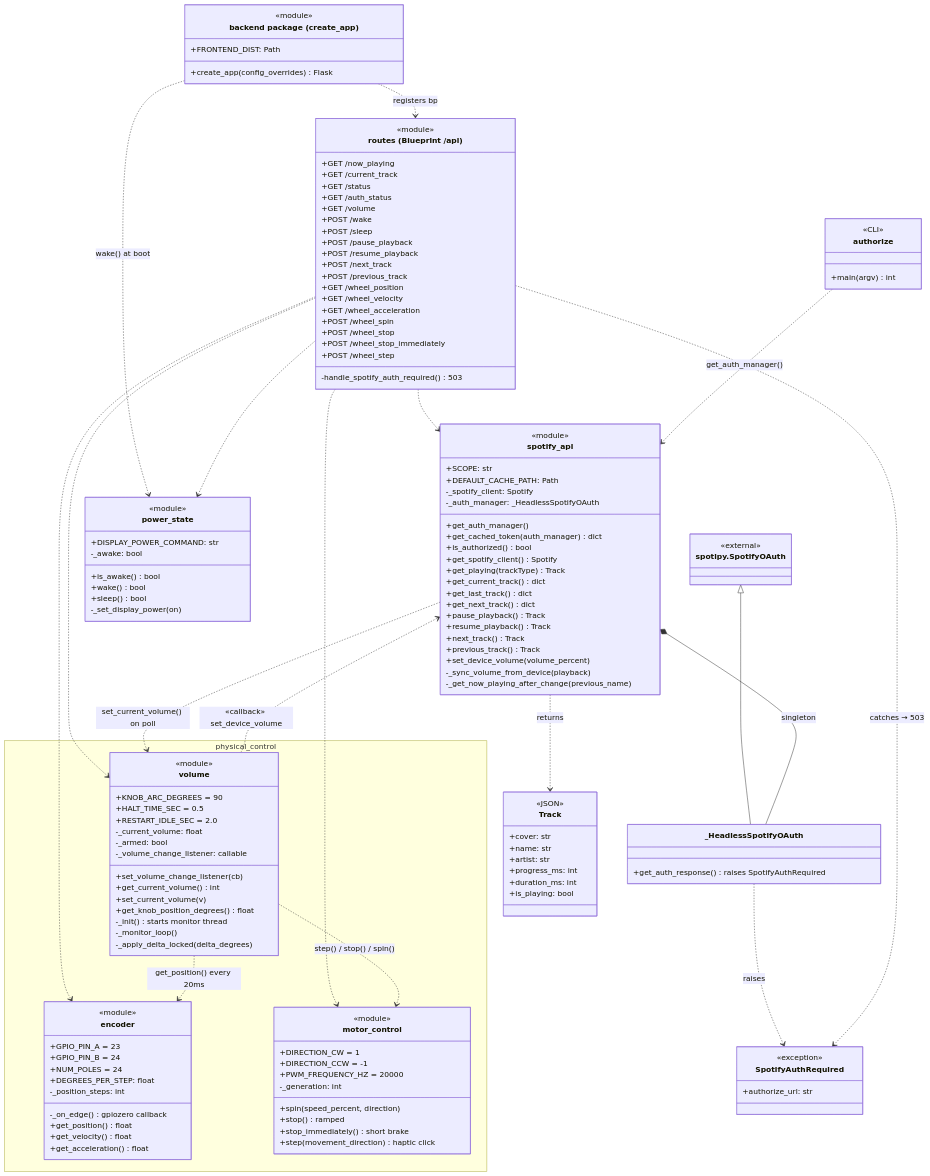
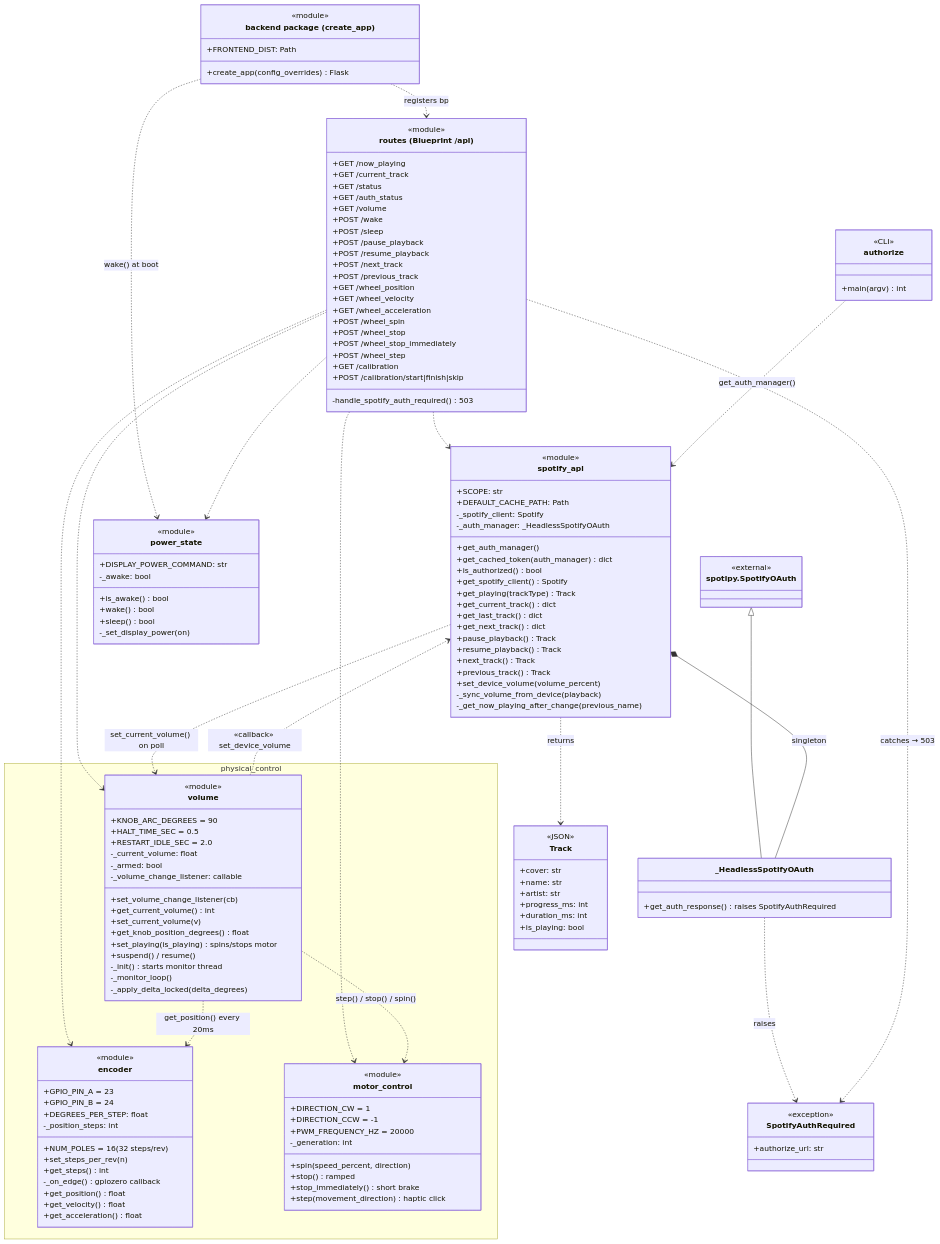
The second of 5 diagrams in ARCHITECTURE.md (ryan01989/spotifyHome), drawn with Mermaid before and after one commit. The commit also changed 19 other files, not shown here.

```diff
--- a/ARCHITECTURE.md
+++ b/ARCHITECTURE.md
@@ -99,6 +99,8 @@
     +POST /wheel_stop
     +POST /wheel_stop_immediately
     +POST /wheel_step
+    +GET /calibration
+    +POST /calibration/start|finish|skip
     -handle_spotify_auth_required() 503
   }
 
@@ -174,6 +176,8 @@
       +get_current_volume() int
       +set_current_volume(v)
       +get_knob_position_degrees() float
+      +set_playing(is_playing) spins/stops motor
+      +suspend() / resume()
       -_init() starts monitor thread
       -_monitor_loop()
       -_apply_delta_locked(delta_degrees)
@@ -182,7 +186,9 @@
       <<module>>
       +GPIO_PIN_A = 23
       +GPIO_PIN_B = 24
-      +NUM_POLES = 24
+      +NUM_POLES = 16 (32 steps/rev)
+      +set_steps_per_rev(n)
+      +get_steps() int
       +DEGREES_PER_STEP: float
       -_position_steps: int
       -_on_edge() gpiozero callback
```
